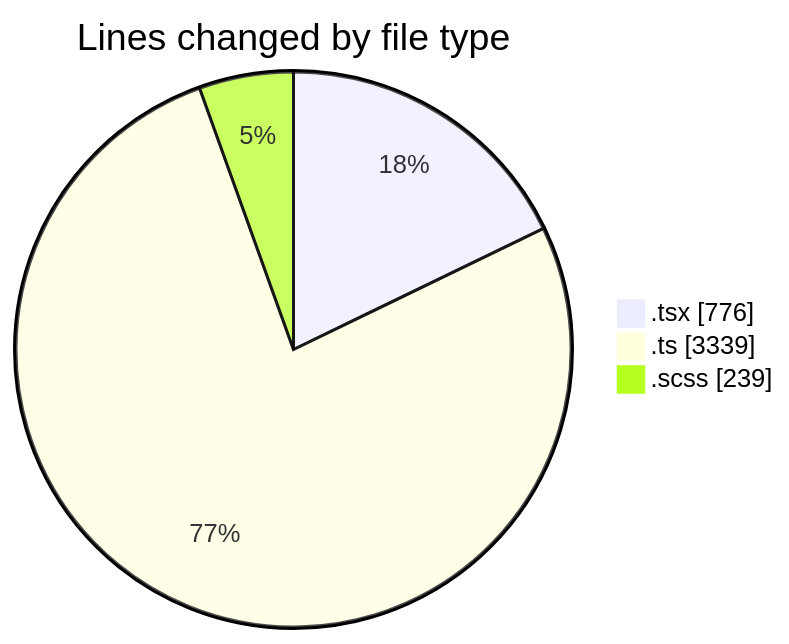
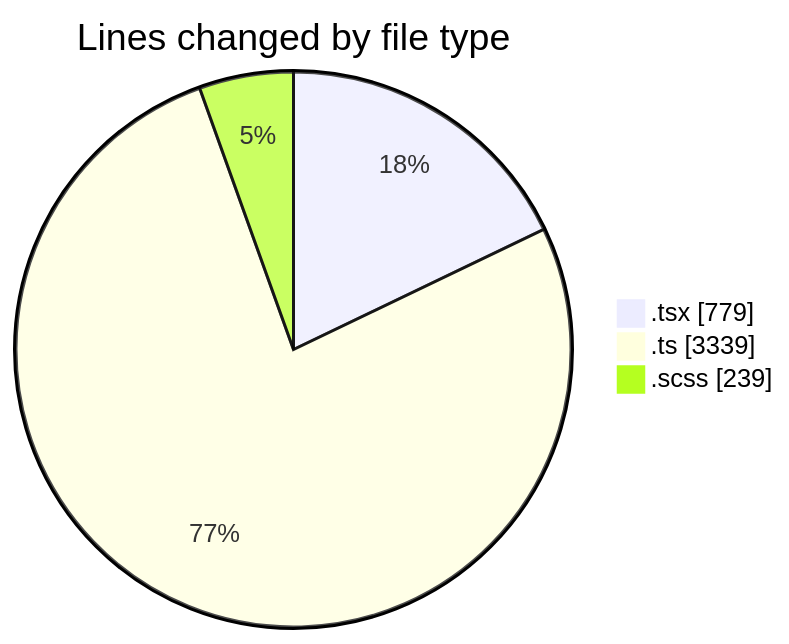
Before and after one commit to momahboobian/code-tracking: the first of 2 diagrams in 2025-09-17/cda/README.md, drawn with Mermaid. The commit also changed other lines of this file and 1 other file, not shown here.

````diff
--- a/2025-09-17/cda/README.md
+++ b/2025-09-17/cda/README.md
@@ -25,7 +25,7 @@
 ```mermaid
 pie showData
 title Lines changed by file type
-".tsx" : 776
+".tsx" : 779
 ".ts" : 3339
 ".scss" : 239
 ```
````
